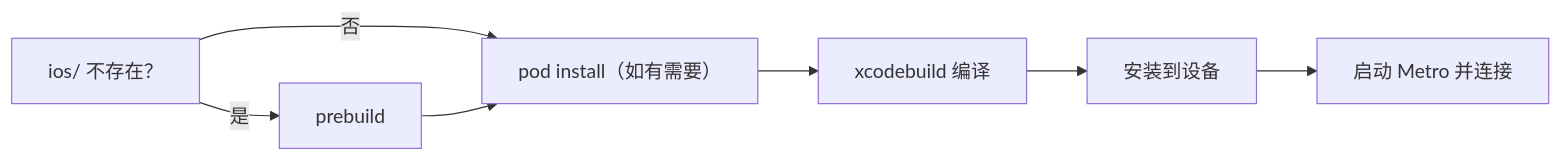
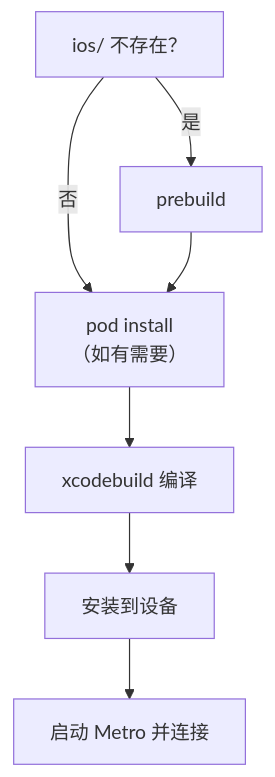
Before and after one commit to jarvis-pro/hatch-shelf: the second of 2 diagrams in books/rn-expo/04-dev-client-prebuild.md, drawn with Mermaid. The commit also changed other lines of this file and 432 other files, not shown here.

````diff
--- a/books/rn-expo/04-dev-client-prebuild.md
+++ b/books/rn-expo/04-dev-client-prebuild.md
@@ -82,9 +79,9 @@
 ```mermaid
-flowchart LR
+flowchart TD
   A["ios/ 不存在？"] -->|是| B["prebuild"]
-  A -->|否| C["pod install（如有需要）"]
+  A -->|否| C["pod install<br/>（如有需要）"]
   B --> C
   C --> D["xcodebuild 编译"]
   D --> E["安装到设备"]
   E --> F["启动 Metro 并连接"]
 ```
````
